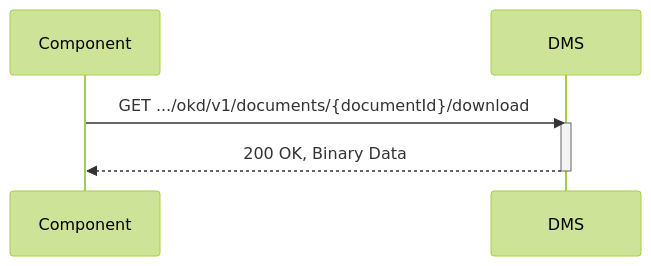
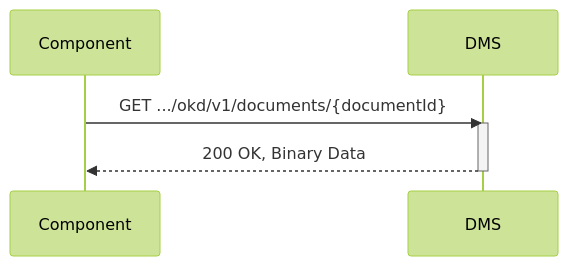
The first of 2 diagrams in doc/flow-x.md (Onderwijs-Koppelingen-OKx/OKD-Document-Management), drawn with Mermaid (forest theme) before and after one commit. The commit also changed other lines of this file and 3 other files, not shown here.

````diff
--- a/doc/flow-x.md
+++ b/doc/flow-x.md
@@ -17,9 +17,9 @@
 ```mermaid
 sequenceDiagram
     participant Component
     participant DMS
-    Component->>DMS: GET .../okd/v1/documents/{documentId}/download
+    Component->>DMS: GET .../okd/v1/documents/{documentId}
     activate DMS
     DMS-->>Component: 200 OK, Binary Data
     deactivate DMS
 ```
````
